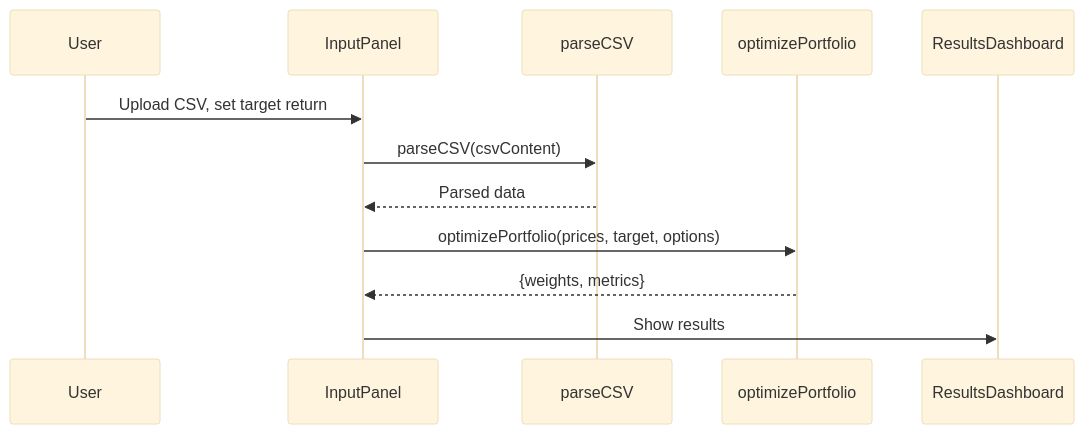
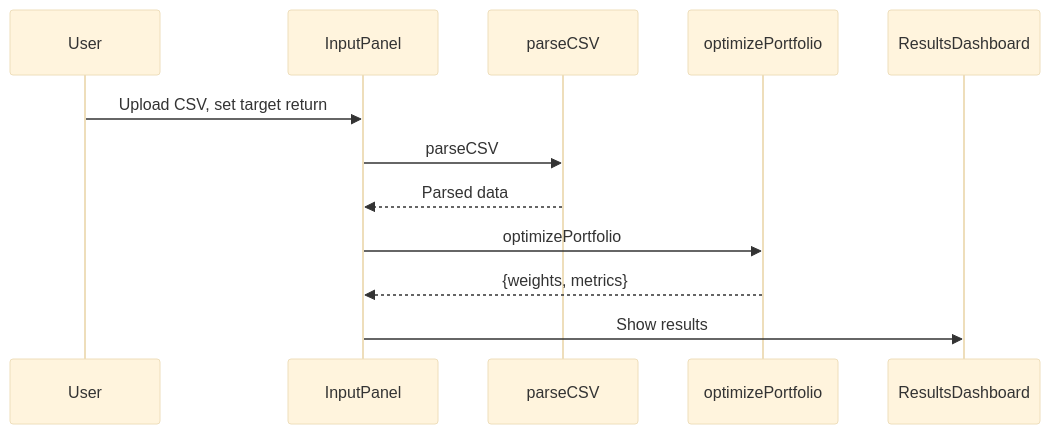
The second of 2 diagrams in ARCHITECTURE.md (EmbeddedMhawar/0.1-Portfolio-Optimization--Lovable-), drawn with Mermaid (base theme) before and after one commit. The commit also changed other lines of this file, not shown here.

Commit message:
fix mermaid flowchart

````diff
--- a/ARCHITECTURE.md
+++ b/ARCHITECTURE.md
@@ -54,14 +56,14 @@
 ```mermaid
 sequenceDiagram
-    participant U as User
-    participant UI as InputPanel
-    participant P as parseCSV
-    participant O as optimizePortfolio
-    participant R as ResultsDashboard
-    U->>UI: Upload CSV, set target return
-    UI->>P: parseCSV(csvContent)
-    P-->>UI: Parsed data
-    UI->>O: optimizePortfolio(prices, target, options)
-    O-->>UI: {weights, metrics}
-    UI->>R: Show results
+    participant User
+    participant InputPanel
+    participant parseCSV
+    participant optimizePortfolio
+    participant ResultsDashboard
+    User->>InputPanel: Upload CSV, set target return
+    InputPanel->>parseCSV: parseCSV
+    parseCSV-->>InputPanel: Parsed data
+    InputPanel->>optimizePortfolio: optimizePortfolio
+    optimizePortfolio-->>InputPanel: {weights, metrics}
+    InputPanel->>ResultsDashboard: Show results
 ```
````
